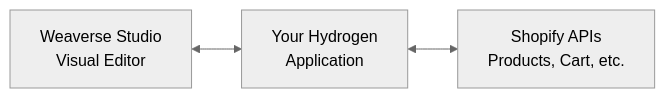
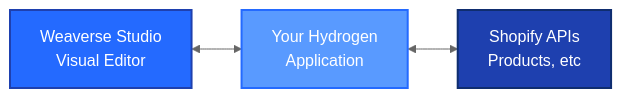
Before and after one commit to Weaverse/docs: the diagram in core-concepts/how-it-works.mdx, drawn with Mermaid (neutral theme). The commit also changed other lines of this file and 50 other files, not shown here.

````diff
--- a/core-concepts/how-it-works.mdx
+++ b/core-concepts/how-it-works.mdx
@@ -13,4 +13,9 @@
 ```mermaid
 graph LR
-    A[Weaverse Studio<br/>Visual Editor] <--> B[Your Hydrogen<br/>Application] <--> C[Shopify APIs<br/>Products, Cart, etc.]
+    A[Weaverse Studio<br/>Visual Editor] <--> B[Your Hydrogen<br/>Application]
+    B <--> C[Shopify APIs<br/>Products, etc]
+    
+    style A fill:#246aff,stroke:#1e40af,stroke-width:2px,color:#fff
+    style B fill:#599aff,stroke:#246aff,stroke-width:2px,color:#fff
+    style C fill:#1e40af,stroke:#0f2d6f,stroke-width:2px,color:#fff
 ```
````
